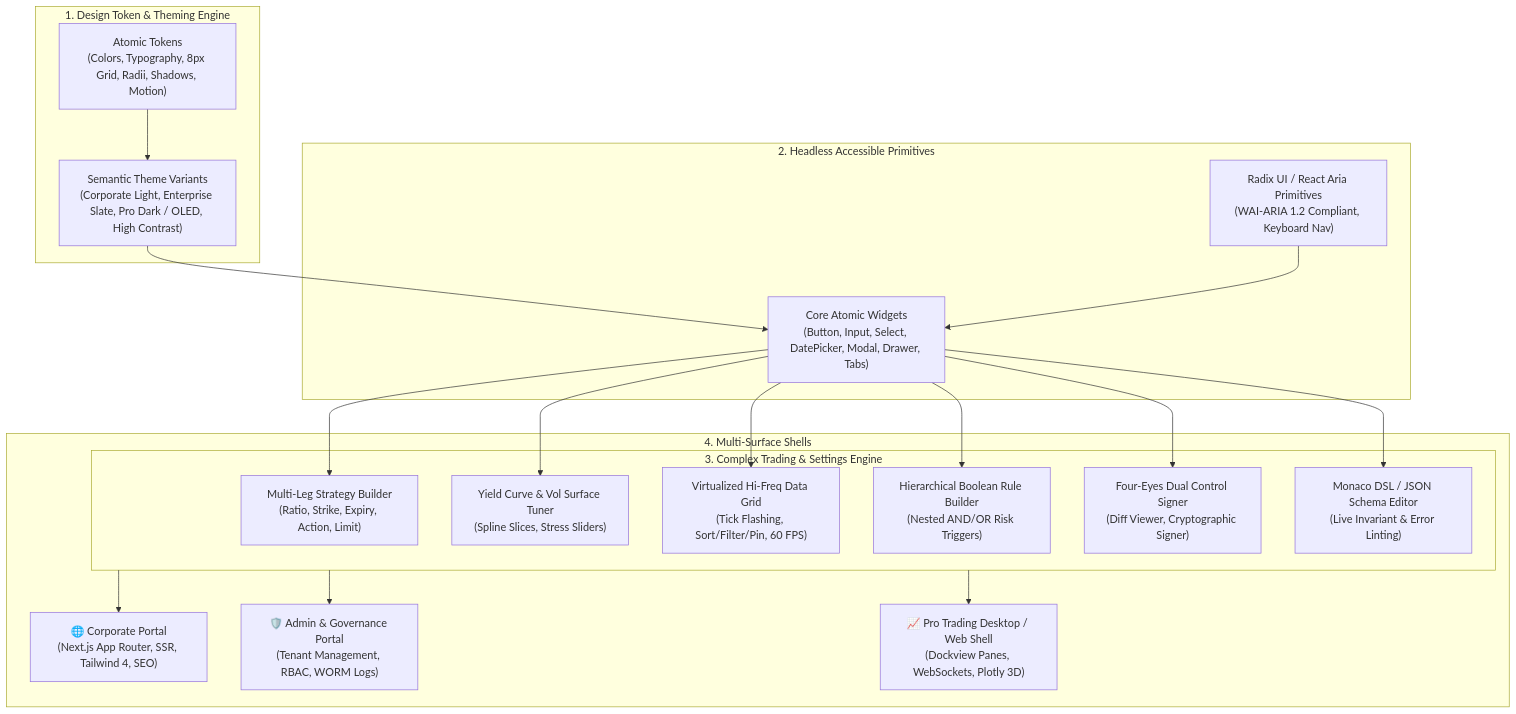
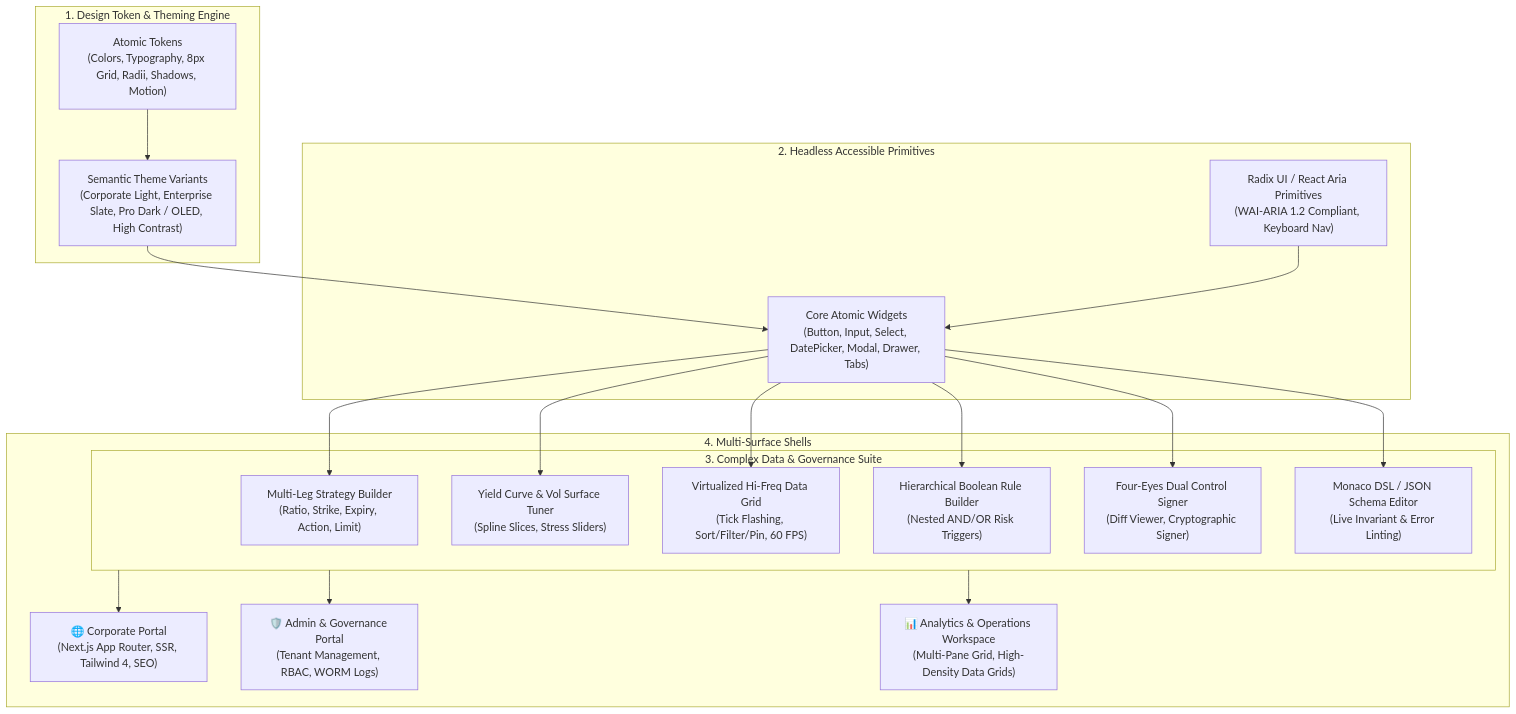
The first of 4 diagrams in .nb/plan/master/enterprise-ui-design-system/detailed.md (lakhwindersingh/nb_fairyfly), drawn with Mermaid before and after one commit. The commit also changed other lines of this file and 25 other files, not shown here.

````diff
--- a/.nb/plan/master/enterprise-ui-design-system/detailed.md
+++ b/.nb/plan/master/enterprise-ui-design-system/detailed.md
@@ -50,39 +50,39 @@
 ```mermaid
 graph TD
   subgraph TokenCore["1. Design Token & Theming Engine"]
     Tokens["Atomic Tokens<br/>(Colors, Typography, 8px Grid, Radii, Shadows, Motion)"]
     Themes["Semantic Theme Variants<br/>(Corporate Light, Enterprise Slate, Pro Dark / OLED, High Contrast)"]
     Tokens --> Themes
   end
 
   subgraph Primitives["2. Headless Accessible Primitives"]
     Headless["Radix UI / React Aria Primitives<br/>(WAI-ARIA 1.2 Compliant, Keyboard Nav)"]
     BaseWidgets["Core Atomic Widgets<br/>(Button, Input, Select, DatePicker, Modal, Drawer, Tabs)"]
     Themes --> BaseWidgets
     Headless --> BaseWidgets
   end
 
-  subgraph ComplexWidgets["3. Complex Trading & Settings Engine"]
+  subgraph ComplexWidgets["3. Complex Data & Governance Suite"]
     MultiLeg["Multi-Leg Strategy Builder<br/>(Ratio, Strike, Expiry, Action, Limit)"]
     CurveTuner["Yield Curve & Vol Surface Tuner<br/>(Spline Slices, Stress Sliders)"]
     DataGrid["Virtualized Hi-Freq Data Grid<br/>(Tick Flashing, Sort/Filter/Pin, 60 FPS)"]
     RuleBuilder["Hierarchical Boolean Rule Builder<br/>(Nested AND/OR Risk Triggers)"]
     FourEyesWidget["Four-Eyes Dual Control Signer<br/>(Diff Viewer, Cryptographic Signer)"]
     DslEditor["Monaco DSL / JSON Schema Editor<br/>(Live Invariant & Error Linting)"]
     BaseWidgets --> MultiLeg
     BaseWidgets --> CurveTuner
     BaseWidgets --> DataGrid
     BaseWidgets --> RuleBuilder
     BaseWidgets --> FourEyesWidget
     BaseWidgets --> DslEditor
   end
 
   subgraph Surfaces["4. Multi-Surface Shells"]
     CorpPortal["🌐 Corporate Portal<br/>(Next.js App Router, SSR, Tailwind 4, SEO)"]
     AdminPortal["🛡️ Admin & Governance Portal<br/>(Tenant Management, RBAC, WORM Logs)"]
-    ProTrading["📈 Pro Trading Desktop / Web Shell<br/>(Dockview Panes, WebSockets, Plotly 3D)"]
+    OpsWorkspace["📊 Analytics & Operations Workspace<br/>(Multi-Pane Grid, High-Density Data Grids)"]
     ComplexWidgets --> CorpPortal
     ComplexWidgets --> AdminPortal
-    ComplexWidgets --> ProTrading
+    ComplexWidgets --> OpsWorkspace
   end
 ```
````
